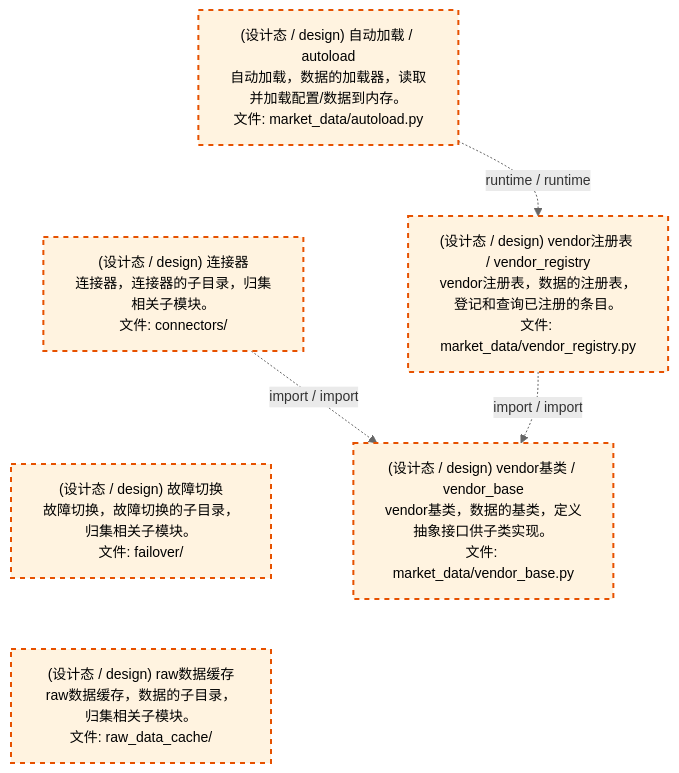
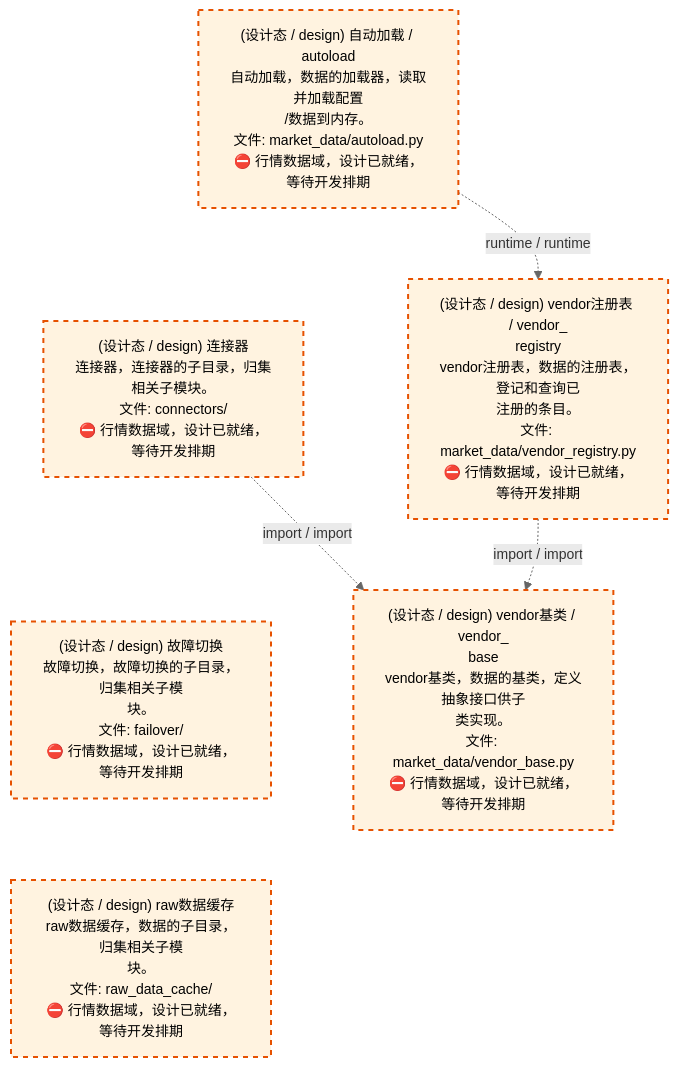
Before and after one commit to xuanFelixVan/ZephyrAlpha: the third of 4 diagrams in docs/02_enterprise_architecture/02_domain_architecture_docs/23_d_mkt_data.md, drawn with Mermaid. The commit also changed other lines of this file and 59 other files, not shown here.

````diff
--- a/docs/02_enterprise_architecture/02_domain_architecture_docs/23_d_mkt_data.md
+++ b/docs/02_enterprise_architecture/02_domain_architecture_docs/23_d_mkt_data.md
@@ -143,21 +143,21 @@
 ```mermaid
 %%{init: {'theme': 'base', 'themeVariables': {'primaryColor': '#eaeaea', 'primaryTextColor': '#333333', 'primaryBorderColor': '#666666', 'lineColor': '#666666', 'secondaryColor': '#eaeaea', 'tertiaryColor': '#eaeaea', 'fontSize': '14px'}}}%%
 flowchart TD
-    src_zephyr_market_data_autoload_py["(设计态 / design) 自动加载 / autoload<br/>自动加载，数据的加载器，读取并加载配置/数据到内存。<br/>文件: market_data/autoload.py"]
-    src_zephyr_market_data_connectors["(设计态 / design) 连接器<br/>连接器，连接器的子目录，归集相关子模块。<br/>文件: connectors/"]
-    src_zephyr_market_data_failover["(设计态 / design) 故障切换<br/>故障切换，故障切换的子目录，归集相关子模块。<br/>文件: failover/"]
-    src_zephyr_market_data_raw_data_cache["(设计态 / design) raw数据缓存<br/>raw数据缓存，数据的子目录，归集相关子模块。<br/>文件: raw_data_cache/"]
+    src_zephyr_market_data_autoload_py["(设计态 / design) 自动加载 / autoload<br/>自动加载，数据的加载器，读取并加载配置<br/>/数据到内存。<br/>文件: market_data/autoload.py<br/>⛔ 行情数据域，设计已就绪，等待开发排期"]
+    src_zephyr_market_data_connectors["(设计态 / design) 连接器<br/>连接器，连接器的子目录，归集相关子模块。<br/>文件: connectors/<br/>⛔ 行情数据域，设计已就绪，等待开发排期"]
+    src_zephyr_market_data_failover["(设计态 / design) 故障切换<br/>故障切换，故障切换的子目录，归集相关子模<br/>块。<br/>文件: failover/<br/>⛔ 行情数据域，设计已就绪，等待开发排期"]
+    src_zephyr_market_data_raw_data_cache["(设计态 / design) raw数据缓存<br/>raw数据缓存，数据的子目录，归集相关子模<br/>块。<br/>文件: raw_data_cache/<br/>⛔ 行情数据域，设计已就绪，等待开发排期"]
     src_zephyr_market_data_autoload_py ~~~ src_zephyr_market_data_connectors
     src_zephyr_market_data_connectors ~~~ src_zephyr_market_data_failover
     src_zephyr_market_data_failover ~~~ src_zephyr_market_data_raw_data_cache
-    src_zephyr_market_data_vendor_registry_py["(设计态 / design) vendor注册表 / vendor_registry<br/>vendor注册表，数据的注册表，登记和查询已注册的条目。<br/>文件: market_data/vendor_registry.py"]
-    src_zephyr_market_data_vendor_base_py["(设计态 / design) vendor基类 / vendor_base<br/>vendor基类，数据的基类，定义抽象接口供子类实现。<br/>文件: market_data/vendor_base.py"]
+    src_zephyr_market_data_vendor_registry_py["(设计态 / design) vendor注册表 / vendor_<br/>registry<br/>vendor注册表，数据的注册表，登记和查询已<br/>注册的条目。<br/>文件: market_data/vendor_registry.py<br/>⛔ 行情数据域，设计已就绪，等待开发排期"]
+    src_zephyr_market_data_vendor_base_py["(设计态 / design) vendor基类 / vendor_<br/>base<br/>vendor基类，数据的基类，定义抽象接口供子<br/>类实现。<br/>文件: market_data/vendor_base.py<br/>⛔ 行情数据域，设计已就绪，等待开发排期"]
     src_zephyr_market_data_vendor_registry_py -.->|import / import| src_zephyr_market_data_vendor_base_py
     src_zephyr_market_data_connectors -.->|import / import| src_zephyr_market_data_vendor_base_py
     src_zephyr_market_data_autoload_py -.->|runtime / runtime| src_zephyr_market_data_vendor_registry_py
     classDef production fill:#e1f5fe,stroke:#01579b,stroke-width:2px,color:#000
     classDef design fill:#fff3e0,stroke:#e65100,stroke-width:2px,color:#000,stroke-dasharray: 5 5
     classDef external_prod fill:#e8f4fd,stroke:#0277bd,stroke-width:1px,color:#000
     classDef external_design fill:#fff8e7,stroke:#ef6c00,stroke-width:1px,color:#000,stroke-dasharray: 5 5
     class src_zephyr_market_data_autoload_py,src_zephyr_market_data_connectors,src_zephyr_market_data_failover,src_zephyr_market_data_raw_data_cache,src_zephyr_market_data_vendor_base_py,src_zephyr_market_data_vendor_registry_py design
 ```
````
